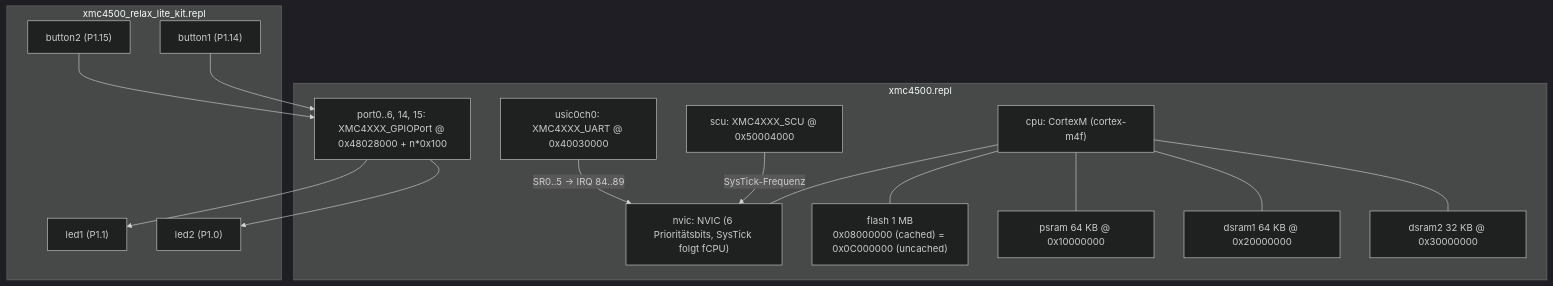
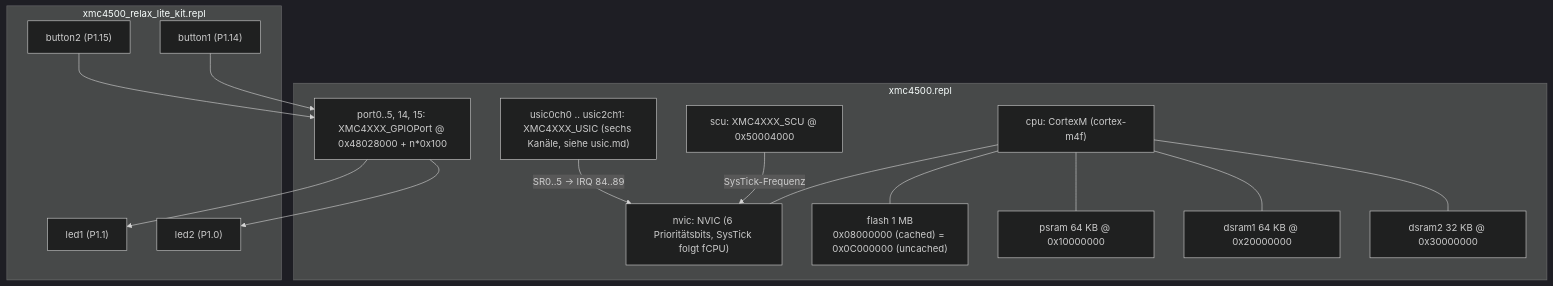
Before and after one commit to oggi82/renode: the second of 4 diagrams in docs/xmc4500/platform.md, drawn with Mermaid (dark theme). The commit also changed other lines of this file and 1 other file, not shown here.

Commit message:
XMC4500: Update documentation index and platform page

````diff
--- a/docs/xmc4500/platform.md
+++ b/docs/xmc4500/platform.md
@@ -31,26 +31,26 @@
 ```mermaid
 flowchart TB
     subgraph SoC["xmc4500.repl"]
         CPU["cpu: CortexM (cortex-m4f)"]
         NVIC["nvic: NVIC (6 Prioritätsbits, SysTick folgt fCPU)"]
         FLASH["flash 1 MB<br/>0x08000000 (cached) = 0x0C000000 (uncached)"]
         PSRAM["psram 64 KB @ 0x10000000"]
         DSRAM1["dsram1 64 KB @ 0x20000000"]
         DSRAM2["dsram2 32 KB @ 0x30000000"]
         SCU["scu: XMC4XXX_SCU @ 0x50004000"]
-        PORTS["port0..6, 14, 15: XMC4XXX_GPIOPort @ 0x48028000 + n*0x100"]
-        UART["usic0ch0: XMC4XXX_UART @ 0x40030000"]
+        PORTS["port0..5, 14, 15: XMC4XXX_GPIOPort @ 0x48028000 + n*0x100"]
+        UART["usic0ch0 .. usic2ch1: XMC4XXX_USIC (sechs Kanäle, siehe usic.md)"]
     end
     subgraph Board["xmc4500_relax_lite_kit.repl"]
         L1["led1 (P1.1)"]
         L2["led2 (P1.0)"]
         B1["button1 (P1.14)"]
         B2["button2 (P1.15)"]
     end
     CPU --- NVIC
     CPU --- FLASH & PSRAM & DSRAM1 & DSRAM2
     SCU -- "SysTick-Frequenz" --> NVIC
     PORTS --> L1 & L2
     B1 & B2 --> PORTS
     UART -- "SR0..5 → IRQ 84..89" --> NVIC
 ```
````
